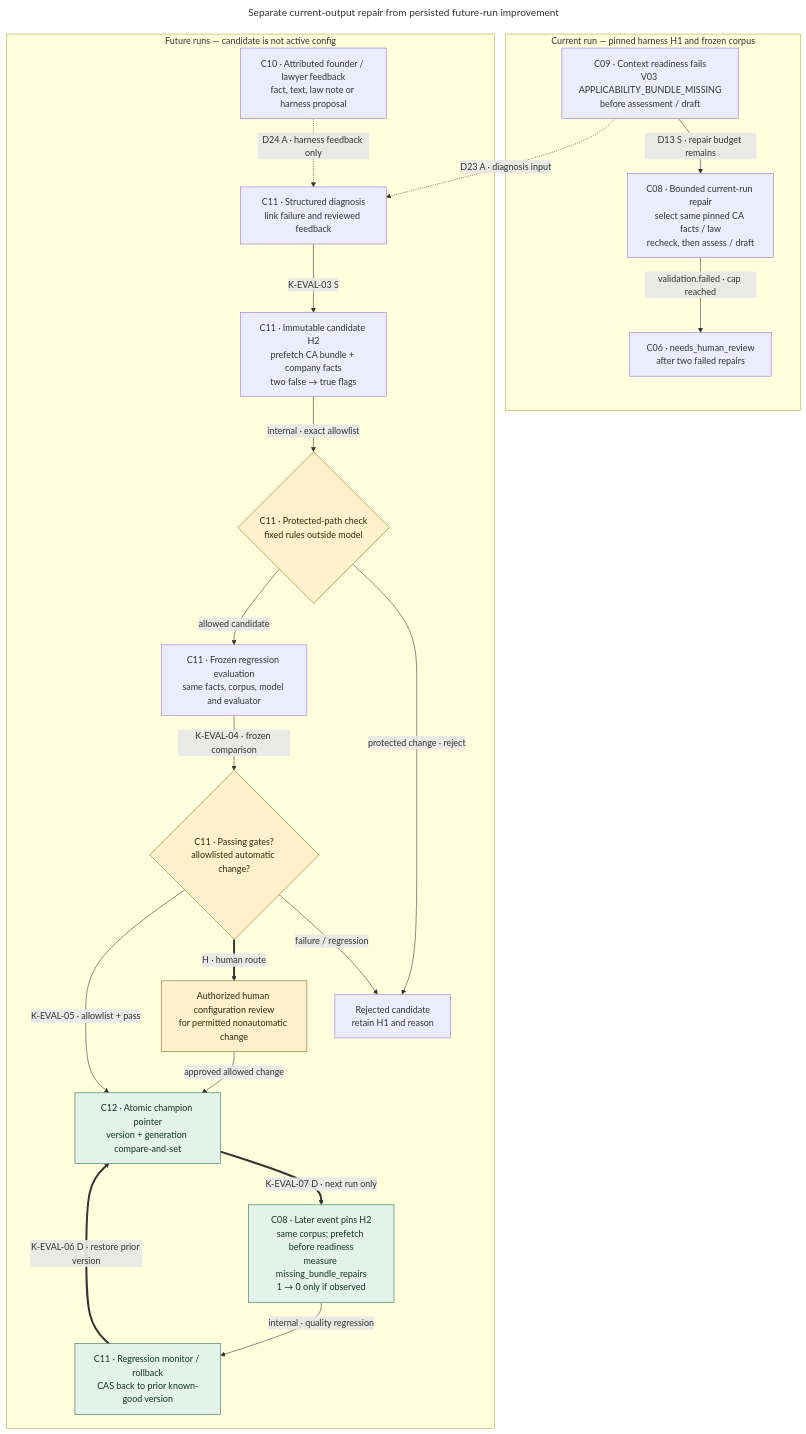
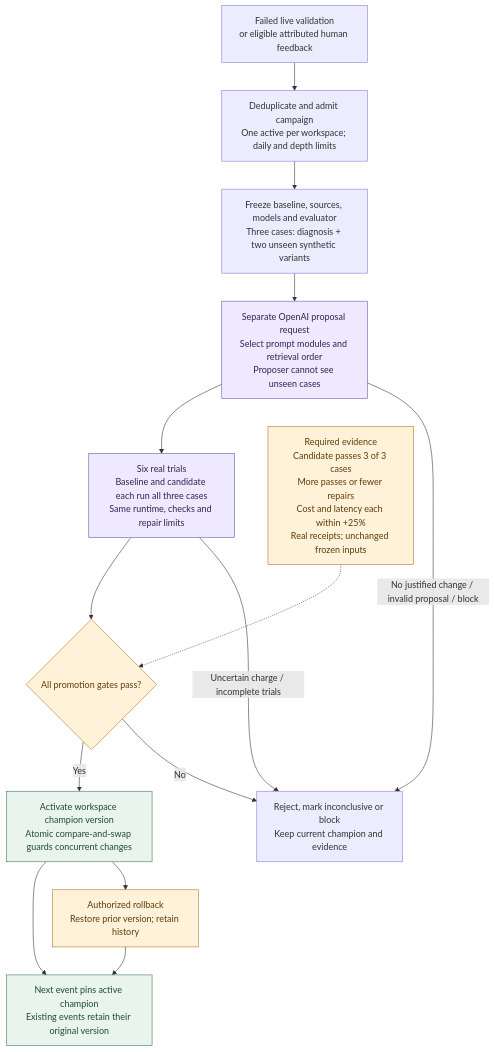
The diagram in kiara-architecture/diagrams/05-harness-adaptation.mmd (AayushDani/kiara), drawn with Mermaid before and after one commit. The commit also changed 61 other files, not shown here.

Commit message:
Document deployed architecture with layered diagrams and implementation boundaries

```diff
--- a/kiara-architecture/diagrams/05-harness-adaptation.mmd
+++ b/kiara-architecture/diagrams/05-harness-adaptation.mmd
@@ -1,42 +1,25 @@
----
-title: Separate current-output repair from persisted future-run improvement
----
 flowchart TB
-  subgraph NOW["Current run — pinned harness H1 and frozen corpus"]
-    A01["C09 · Context readiness fails<br/>V03 APPLICABILITY_BUNDLE_MISSING<br/>before assessment / draft"]
-    A02["C08 · Bounded current-run repair<br/>select same pinned CA facts / law<br/>recheck, then assess / draft"]
-    A03["C06 · needs_human_review<br/>after two failed repairs"]
-    A01 -->|"D13 S · repair budget remains"| A02
-    A02 -->|"validation.failed · cap reached"| A03
-  end
-  subgraph FUTURE["Future runs — candidate is not active config"]
-    A04["C10 · Attributed founder / lawyer feedback<br/>fact, text, law note or harness proposal"]
-    A05["C11 · Structured diagnosis<br/>link failure and reviewed feedback"]
-    A06["C11 · Immutable candidate H2<br/>prefetch CA bundle + company facts<br/>two false → true flags"]
-    A07{"C11 · Protected-path check<br/>fixed rules outside model"}
-    A08["C11 · Frozen regression evaluation<br/>same facts, corpus, model and evaluator"]
-    A09{"C11 · Passing gates?<br/>allowlisted automatic change?"}
-    A10["Authorized human configuration review<br/>for permitted nonautomatic change"]
-    A11["Rejected candidate<br/>retain H1 and reason"]
-    A12["C12 · Atomic champion pointer<br/>version + generation compare-and-set"]
-    A13["C08 · Later event pins H2<br/>same corpus; prefetch before readiness<br/>measure missing_bundle_repairs<br/>1 → 0 only if observed"]
-    A14["C11 · Regression monitor / rollback<br/>CAS back to prior known-good version"]
-    A04 -.->|"D24 A · harness feedback only"| A05
-    A05 -->|"K-EVAL-03 S"| A06
-    A06 -->|"internal · exact allowlist"| A07
-    A07 -->|"protected change · reject"| A11
-    A07 -->|"allowed candidate"| A08
-    A08 -->|"K-EVAL-04 · frozen comparison"| A09
-    A09 -->|"failure / regression"| A11
-    A09 ==>|"H · human route"| A10
-    A10 -->|"approved allowed change"| A12
-    A09 -->|"K-EVAL-05 · allowlist + pass"| A12
-    A12 ==>|"K-EVAL-07 D · next run only"| A13
-    A13 -->|"internal · quality regression"| A14
-    A14 ==>|"K-EVAL-06 D · restore prior version"| A12
-  end
-  A01 -.->|"D23 A · diagnosis input"| A05
-  classDef decision fill:#fff1cc,stroke:#806521,color:#30290c;
-  classDef durable fill:#e3f2ea,stroke:#256b49,color:#143424;
-  class A07,A09,A10 decision;
-  class A12,A13,A14 durable;
+  S["Failed live validation<br/>or eligible attributed human feedback"]
+  T["Deduplicate and admit campaign<br/>One active per workspace; daily and depth limits"]
+  F["Freeze baseline, sources, models and evaluator<br/>Three cases: diagnosis + two unseen synthetic variants"]
+  P["Separate OpenAI proposal request<br/>Select prompt modules and retrieval order<br/>Proposer cannot see unseen cases"]
+  R["Six real trials<br/>Baseline and candidate each run all three cases<br/>Same runtime, checks and repair limits"]
+  G{"All promotion gates pass?"}
+  A["Activate workspace champion version<br/>Atomic compare-and-swap guards concurrent changes"]
+  N["Next event pins active champion<br/>Existing events retain their original version"]
+  X["Reject, mark inconclusive or block<br/>Keep current champion and evidence"]
+  B["Authorized rollback<br/>Restore prior version; retain history"]
+  Q["Required evidence<br/>Candidate passes 3 of 3 cases<br/>More passes or fewer repairs<br/>Cost and latency each within +25%<br/>Real receipts; unchanged frozen inputs"]
+  S --> T --> F --> P --> R --> G
+  Q -.-> G
+  G -->|"Yes"| A --> N
+  G -->|"No"| X
+  P -->|"No justified change / invalid proposal / block"| X
+  R -->|"Uncertain charge / incomplete trials"| X
+  A --> B --> N
+  classDef agent fill:#eee9ff,stroke:#6551ad,color:#302451;
+  classDef durable fill:#e8f4ed,stroke:#39744d,color:#214d31;
+  classDef protected fill:#fff2d9,stroke:#ac751c,color:#5e3c09;
+  class P,R agent;
+  class A,N durable;
+  class G,Q,B protected;
```
